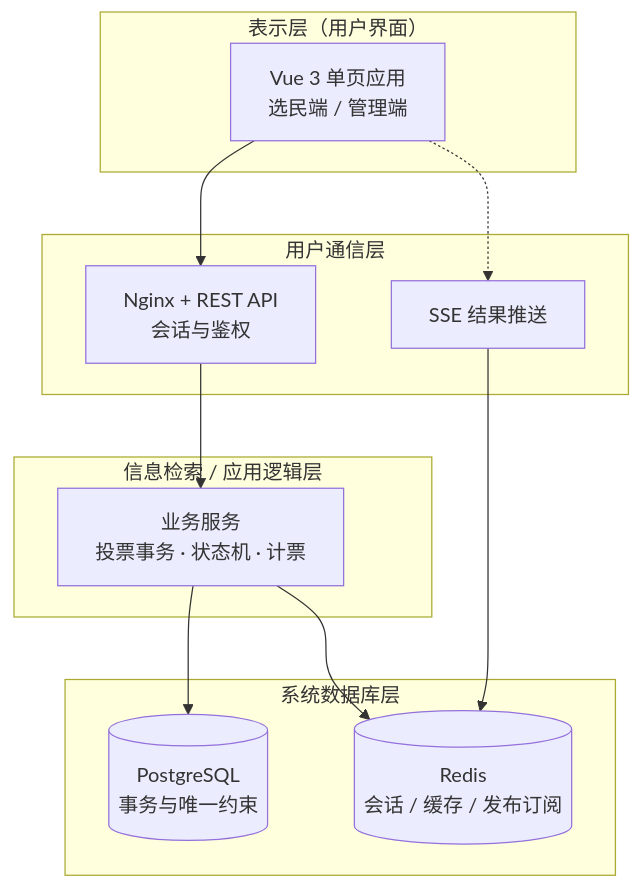
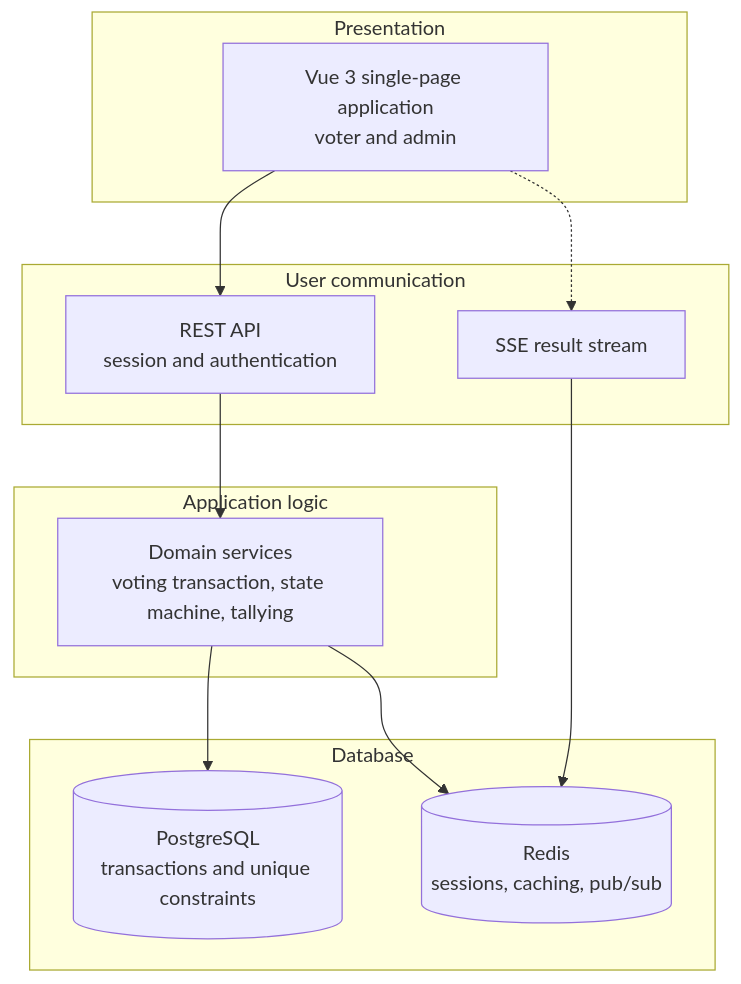
The sixth of 6 diagrams in docs/01-project-plan.md (David-echo/COMP3500_group_project), drawn with Mermaid before and after one commit. The commit also changed other lines of this file and 82 other files, not shown here.

First line of the commit message:
docs: translate the repository to English and re-render all diagrams

````diff
--- a/docs/01-project-plan.md
+++ b/docs/01-project-plan.md
@@ -347,24 +351,24 @@
 ```mermaid
 flowchart TB
-    subgraph Tier1["表示层（用户界面）"]
-        UI["Vue 3 单页应用<br/>选民端 / 管理端"]
+    subgraph Tier1["Presentation"]
+        UI["Vue 3 single-page application<br/>voter and admin"]
     end
-    subgraph Tier2["用户通信层"]
-        WS["Nginx + REST API<br/>会话与鉴权"]
-        SSE["SSE 结果推送"]
+    subgraph Tier2["User communication"]
+        WS["REST API<br/>session and authentication"]
+        SSE["SSE result stream"]
     end
-    subgraph Tier3["信息检索 / 应用逻辑层"]
-        SVC["业务服务<br/>投票事务 · 状态机 · 计票"]
+    subgraph Tier3["Application logic"]
+        SVC["Domain services<br/>voting transaction, state machine, tallying"]
     end
-    subgraph Tier4["系统数据库层"]
-        PG[("PostgreSQL<br/>事务与唯一约束")]
-        RD[("Redis<br/>会话 / 缓存 / 发布订阅")]
+    subgraph Tier4["Database"]
+        PG[("PostgreSQL<br/>transactions and unique constraints")]
+        RD[("Redis<br/>sessions, caching, pub/sub")]
     end
 
     UI --> WS
     UI -.-> SSE
     WS --> SVC
     SSE --> RD
     SVC --> PG
     SVC --> RD
 ```
````
